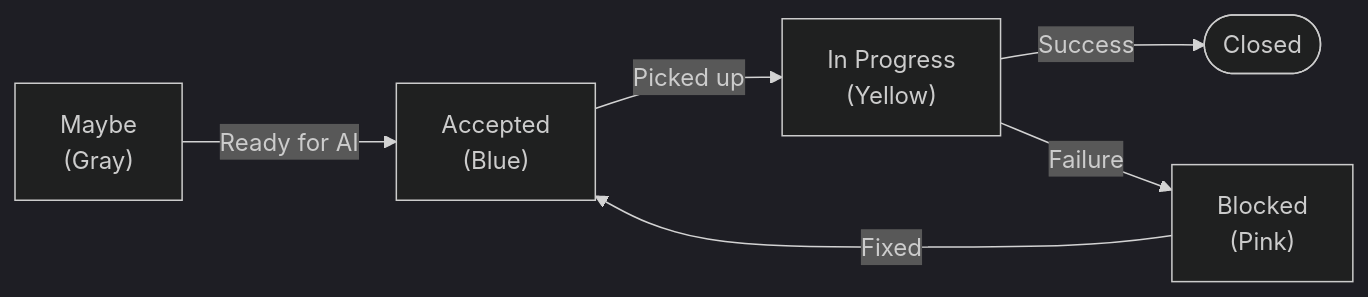
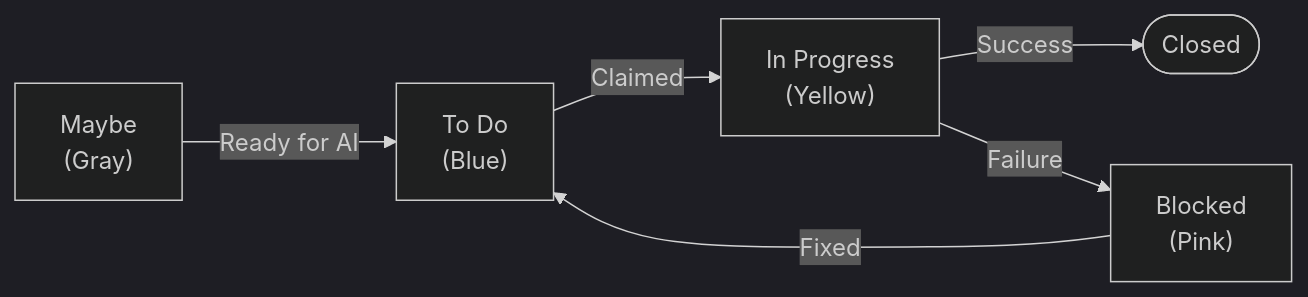
The first of 2 diagrams in docs/vibe-coding/columns.md (ryanyogan/fizzy-do-mcp), drawn with Mermaid (dark theme) before and after one commit. The commit also changed other lines of this file and 9 other files, not shown here.

First line of the commit message:
docs: update documentation for new pending work architecture and fizzy.do styling

````diff
--- a/docs/vibe-coding/columns.md
+++ b/docs/vibe-coding/columns.md
@@ -9,13 +9,13 @@
 ```mermaid
 flowchart LR
     Maybe["Maybe\n(Gray)"]
-    Accepted["Accepted\n(Blue)"]
+    ToDo["To Do\n(Blue)"]
     InProgress["In Progress\n(Yellow)"]
     Blocked["Blocked\n(Pink)"]
-    
-    Maybe -->|"Ready for AI"| Accepted
-    Accepted -->|"Picked up"| InProgress
+
+    Maybe -->|"Ready for AI"| ToDo
+    ToDo -->|"Claimed"| InProgress
     InProgress -->|"Success"| Closed([Closed])
     InProgress -->|"Failure"| Blocked
-    Blocked -->|"Fixed"| Accepted
+    Blocked -->|"Fixed"| ToDo
 ```
````
